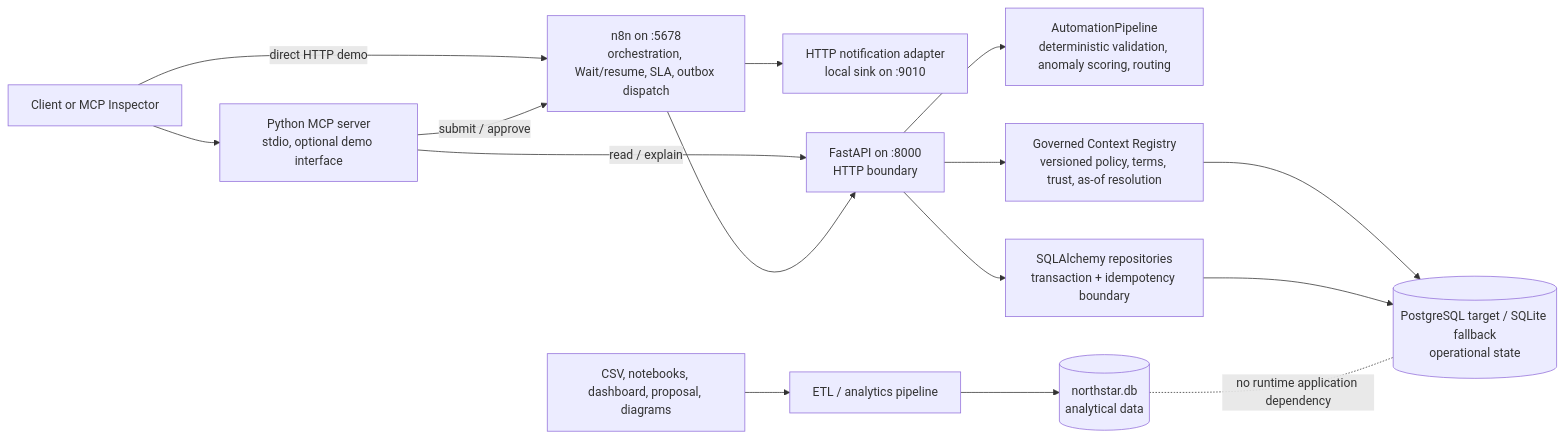
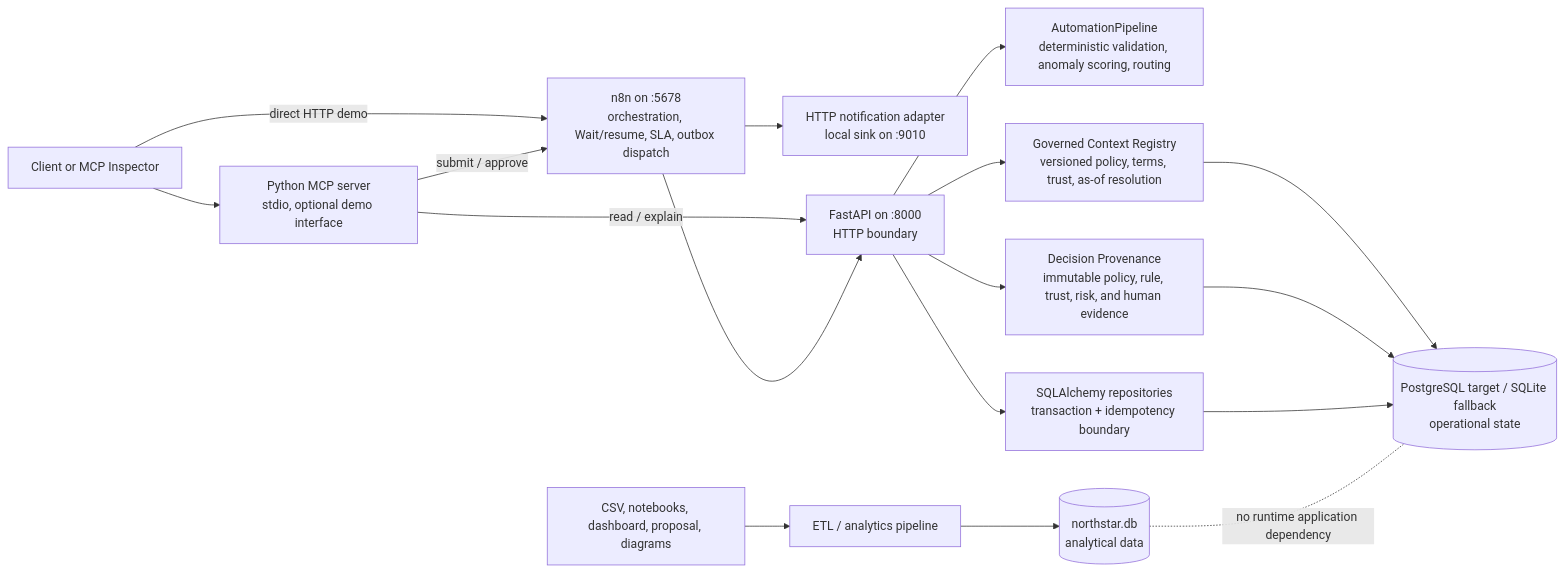
Before and after one commit to tusharg007/northstar-workload-optimizer: the diagram in docs/architecture/CURRENT_STATE.md, drawn with Mermaid. The commit also changed other lines of this file and 30 other files, not shown here.

Commit message:
feat: add immutable decision provenance

````diff
--- a/docs/architecture/CURRENT_STATE.md
+++ b/docs/architecture/CURRENT_STATE.md
@@ -11,30 +11,33 @@
 ```mermaid
 flowchart LR
     Client["Client or MCP Inspector"]
     MCP["Python MCP server\nstdio, optional demo interface"]
     N8N["n8n on :5678\norchestration, Wait/resume, SLA, outbox dispatch"]
     Notify["HTTP notification adapter\nlocal sink on :9010"]
     API["FastAPI on :8000\nHTTP boundary"]
     Domain["AutomationPipeline\ndeterministic validation, anomaly scoring, routing"]
     Repository["SQLAlchemy repositories\ntransaction + idempotency boundary"]
     Context["Governed Context Registry\nversioned policy, terms, trust, as-of resolution"]
+    Provenance["Decision Provenance\nimmutable policy, rule, trust, risk, and human evidence"]
     Runtime[("PostgreSQL target / SQLite fallback\noperational state")]
     ETL["ETL / analytics pipeline"]
     Analytics[("northstar.db\nanalytical data")]
     Assets["CSV, notebooks, dashboard, proposal, diagrams"]
 
     Client -->|direct HTTP demo| N8N
     Client --> MCP
     MCP -->|submit / approve| N8N
     MCP -->|read / explain| API
     N8N --> API
     N8N --> Notify
     API --> Domain
     API --> Repository
     API --> Context
+    API --> Provenance
     Context --> Runtime
+    Provenance --> Runtime
     Repository --> Runtime
     ETL --> Analytics
     Assets --> ETL
     Analytics -. no runtime application dependency .- Runtime
 ```
````
